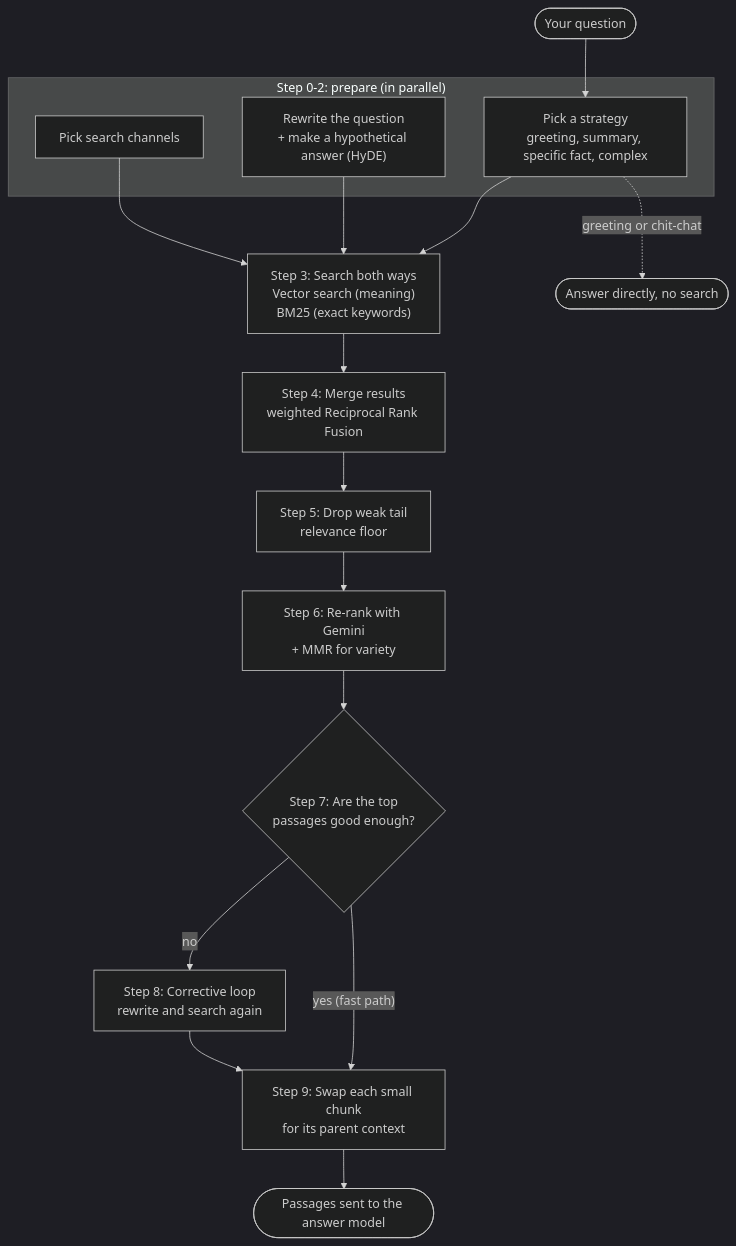
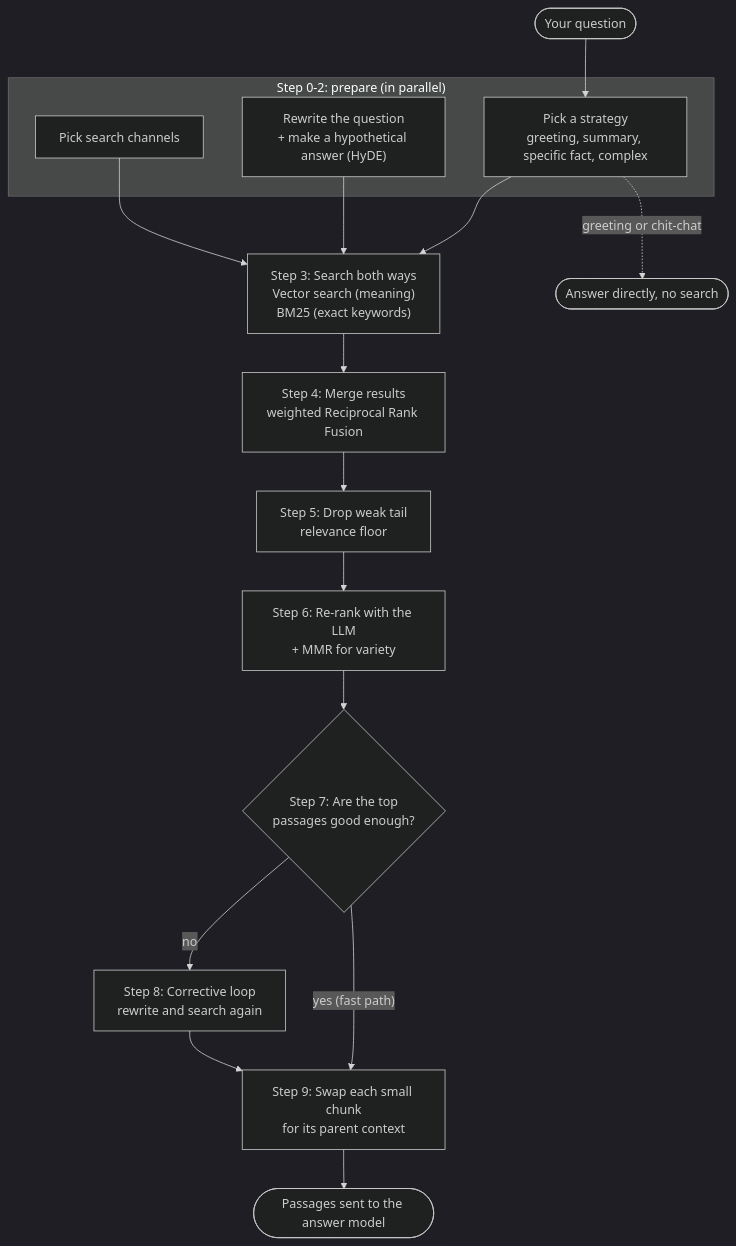
Before and after one commit to Arindam-Roy2004/Sagewell: the ninth of 11 diagrams in readme.md, drawn with Mermaid (dark theme). The commit also changed other lines of this file and 16 other files, not shown here.

First line of the commit message:
Switch LLM and embeddings from Gemini to OpenRouter

````diff
--- a/readme.md
+++ b/readme.md
@@ -350,26 +350,26 @@
 ```mermaid
 flowchart TD
     Q(["Your question"]) --> S0
 
     subgraph Prep["Step 0-2: prepare (in parallel)"]
         S0["Pick a strategy<br/>greeting, summary, specific fact, complex"]
         S1["Rewrite the question<br/>+ make a hypothetical answer (HyDE)"]
         S2["Pick search channels"]
     end
 
     S0 --> S3
     S1 --> S3
     S2 --> S3
 
     S3["Step 3: Search both ways<br/>Vector search (meaning)<br/>BM25 (exact keywords)"] --> S4
     S4["Step 4: Merge results<br/>weighted Reciprocal Rank Fusion"] --> S5
     S5["Step 5: Drop weak tail<br/>relevance floor"] --> S6
-    S6["Step 6: Re-rank with Gemini<br/>+ MMR for variety"] --> S7
+    S6["Step 6: Re-rank with the LLM<br/>+ MMR for variety"] --> S7
     S7{"Step 7: Are the top<br/>passages good enough?"}
     S7 -- "yes (fast path)" --> S9
     S7 -- "no" --> S8["Step 8: Corrective loop<br/>rewrite and search again"]
     S8 --> S9
     S9["Step 9: Swap each small chunk<br/>for its parent context"] --> Ans(["Passages sent to the answer model"])
 
     S0 -. "greeting or chit-chat" .-> Direct(["Answer directly, no search"])
 ```
````
